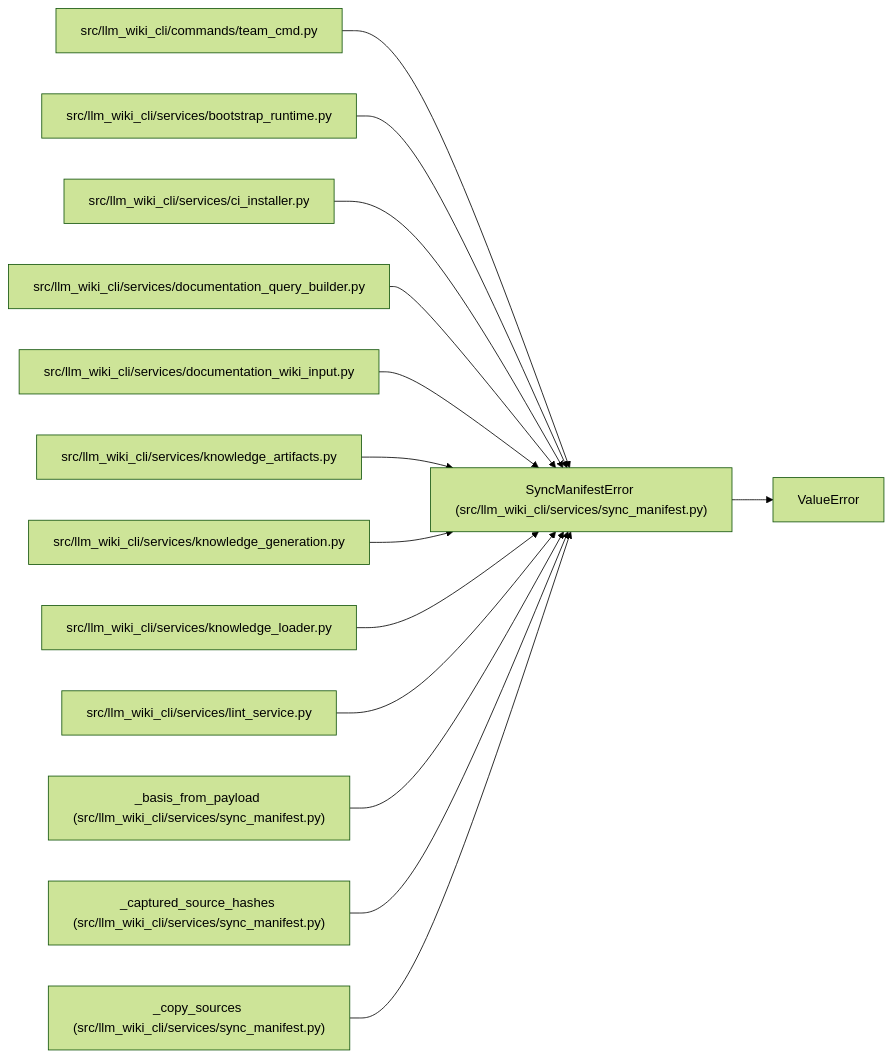
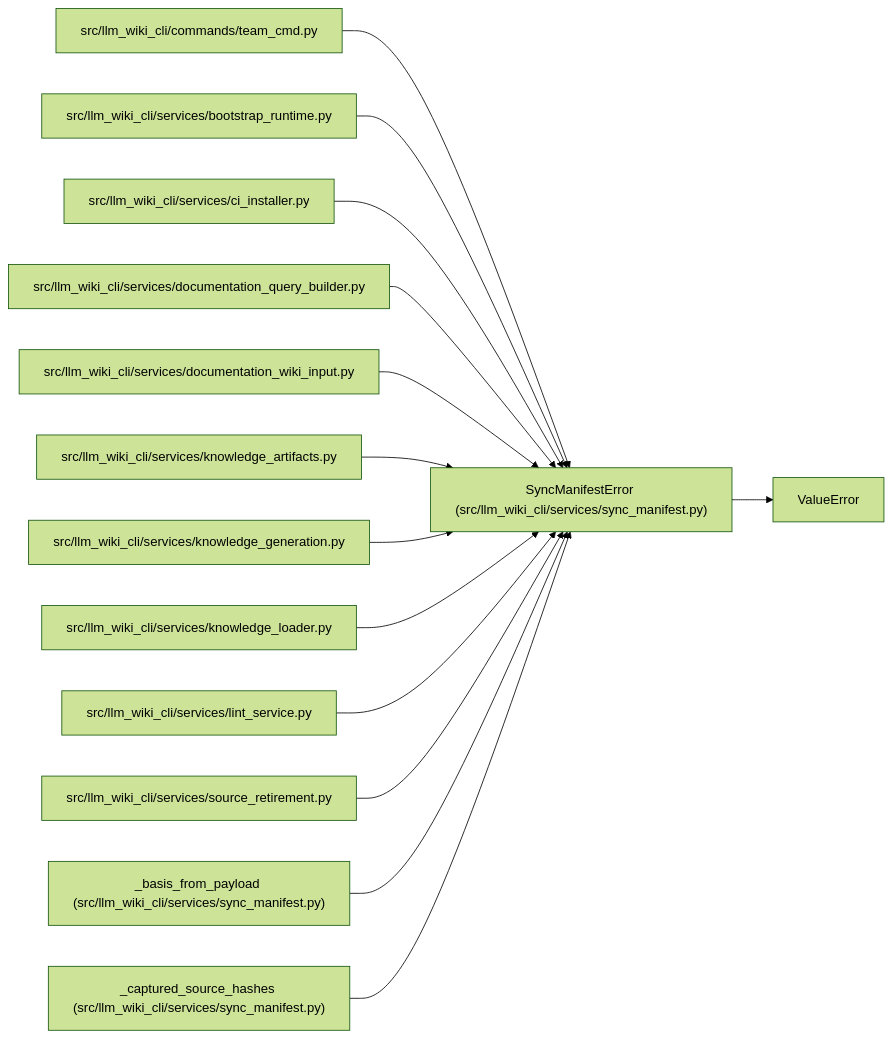
One commit to Denissvgn/python-wiki-llm changed the diagram in docs/llm_wiki/entities/SyncManifestError.md. Above: the diagram before and after it, drawn with Mermaid (forest theme). The commit also changed other lines of this file and 473 other files, not shown here.

Commit message:
docs(wiki): document source member retirement and custody

````diff
--- a/docs/llm_wiki/entities/SyncManifestError.md
+++ b/docs/llm_wiki/entities/SyncManifestError.md
@@ -25,43 +25,43 @@
 ```mermaid
 flowchart LR
     n0["SyncManifestError (src/llm_wiki_cli/services/sync_manifest.py)"]
     n1["ValueError"]
     n2["src/llm_wiki_cli/commands/team_cmd.py"]
     n3["src/llm_wiki_cli/services/bootstrap_runtime.py"]
     n4["src/llm_wiki_cli/services/ci_installer.py"]
     n5["src/llm_wiki_cli/services/documentation_query_builder.py"]
     n6["src/llm_wiki_cli/services/documentation_wiki_input.py"]
     n7["src/llm_wiki_cli/services/knowledge_artifacts.py"]
     n8["src/llm_wiki_cli/services/knowledge_generation.py"]
     n9["src/llm_wiki_cli/services/knowledge_loader.py"]
     n10["src/llm_wiki_cli/services/lint_service.py"]
-    n11["_basis_from_payload (src/llm_wiki_cli/services/sync_manifest.py)"]
-    n12["_captured_source_hashes (src/llm_wiki_cli/services/sync_manifest.py)"]
-    n13["_copy_sources (src/llm_wiki_cli/services/sync_manifest.py)"]
+    n11["src/llm_wiki_cli/services/source_retirement.py"]
+    n12["_basis_from_payload (src/llm_wiki_cli/services/sync_manifest.py)"]
+    n13["_captured_source_hashes (src/llm_wiki_cli/services/sync_manifest.py)"]
     n0 --> n1
     n2 --> n0
     n3 --> n0
     n4 --> n0
     n5 --> n0
     n6 --> n0
     n7 --> n0
     n8 --> n0
     n9 --> n0
     n10 --> n0
     n11 --> n0
     n12 --> n0
     n13 --> n0
     click n0 "../modules/sync_manifest.md"
     click n2 "../modules/team_cmd.md"
     click n3 "../modules/bootstrap_runtime.md"
     click n4 "../modules/ci_installer.md"
     click n5 "../modules/documentation_query_builder.md"
     click n6 "../modules/documentation_wiki_input.md"
     click n7 "../modules/knowledge_artifacts.md"
     click n8 "../modules/knowledge_generation.md"
     click n9 "../modules/knowledge_loader.md"
     click n10 "../modules/lint_service.md"
-    click n11 "../modules/sync_manifest.md"
+    click n11 "../modules/source_retirement.md"
     click n12 "../modules/sync_manifest.md"
     click n13 "../modules/sync_manifest.md"
 ```
````
